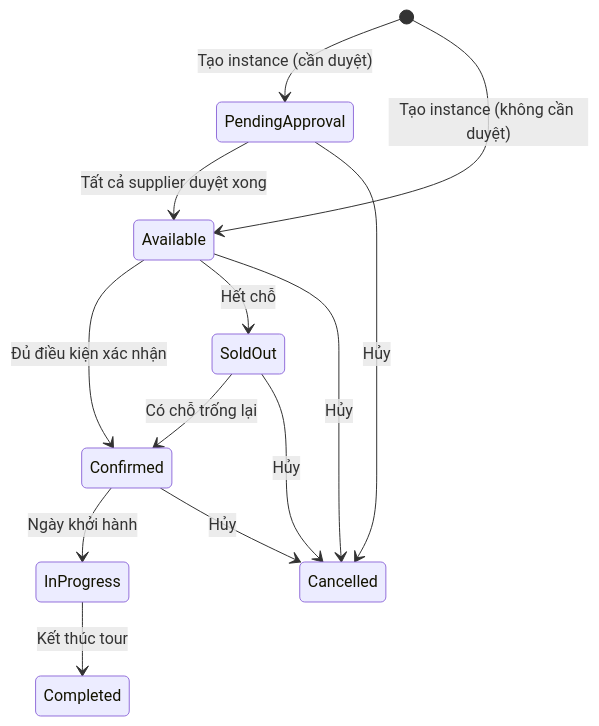
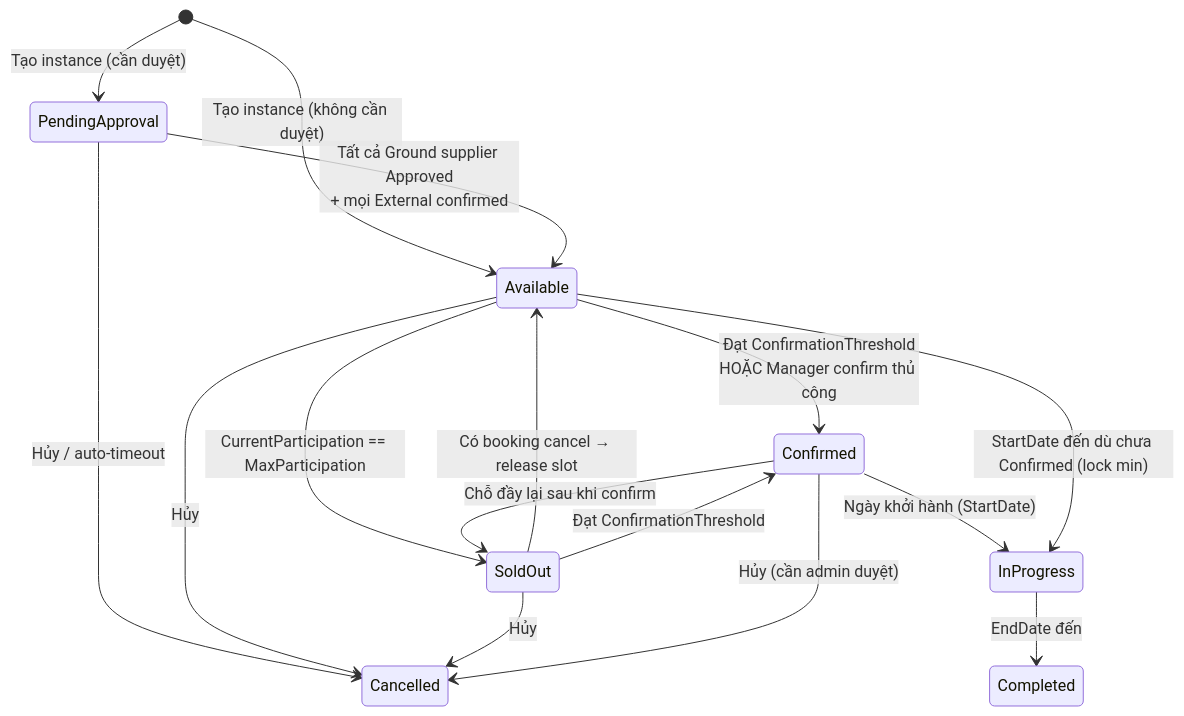
Before and after one commit to khunglong-03/Pathora_Version3: the first of 3 diagrams in docs/tour-instance-lifecycle-flow.md, drawn with Mermaid. The commit also changed other lines of this file and 3 other files, not shown here.

````diff
--- a/docs/tour-instance-lifecycle-flow.md
+++ b/docs/tour-instance-lifecycle-flow.md
@@ -11,15 +11,18 @@
 ```mermaid
 stateDiagram-v2
     [*] --> PendingApproval : Tạo instance (cần duyệt)
     [*] --> Available : Tạo instance (không cần duyệt)
-    PendingApproval --> Available : Tất cả supplier duyệt xong
-    PendingApproval --> Cancelled : Hủy
-    Available --> Confirmed : Đủ điều kiện xác nhận
-    Available --> SoldOut : Hết chỗ
+    PendingApproval --> Available : Tất cả Ground supplier Approved<br/>+ mọi External confirmed
+    PendingApproval --> Cancelled : Hủy / auto-timeout
+    Available --> Confirmed : Đạt ConfirmationThreshold<br/>HOẶC Manager confirm thủ công
+    Available --> SoldOut : CurrentParticipation == MaxParticipation
     Available --> Cancelled : Hủy
-    SoldOut --> Confirmed : Có chỗ trống lại
+    SoldOut --> Available : Có booking cancel → release slot
+    SoldOut --> Confirmed : Đạt ConfirmationThreshold
     SoldOut --> Cancelled : Hủy
-    Confirmed --> InProgress : Ngày khởi hành
-    Confirmed --> Cancelled : Hủy
-    InProgress --> Completed : Kết thúc tour
+    Confirmed --> SoldOut : Chỗ đầy lại sau khi confirm
+    Confirmed --> InProgress : Ngày khởi hành (StartDate)
+    Confirmed --> Cancelled : Hủy (cần admin duyệt)
+    Available --> InProgress : StartDate đến dù chưa Confirmed (lock min)
+    InProgress --> Completed : EndDate đến
 ```
````
